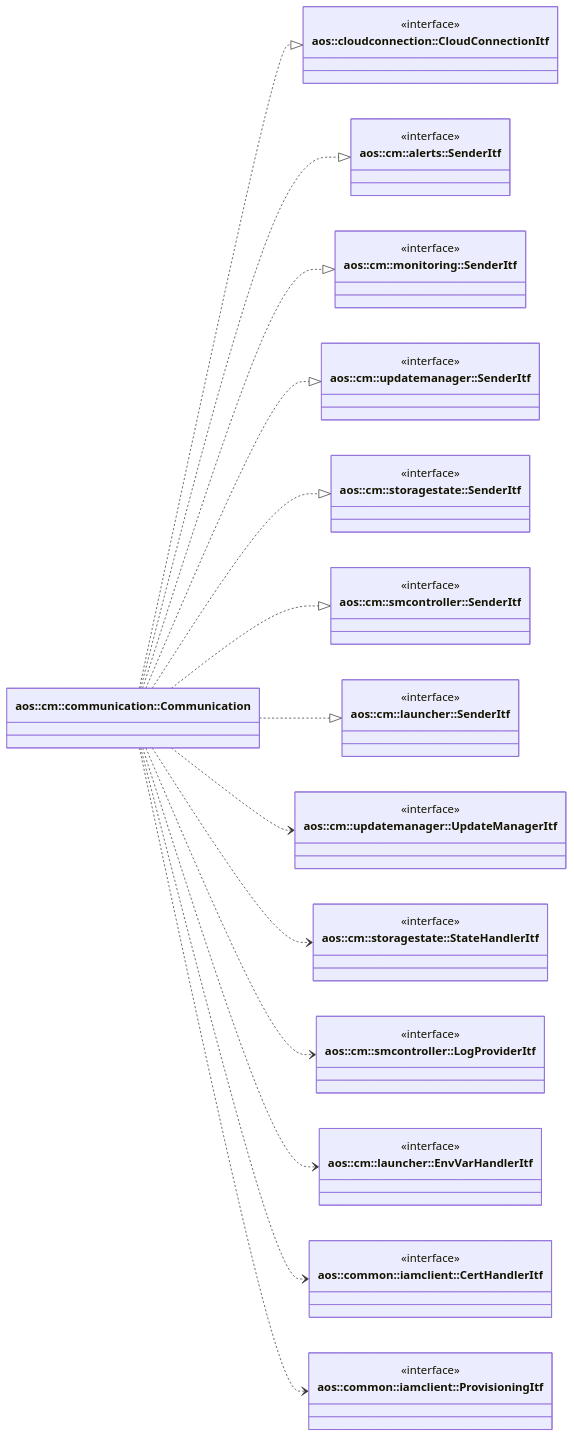
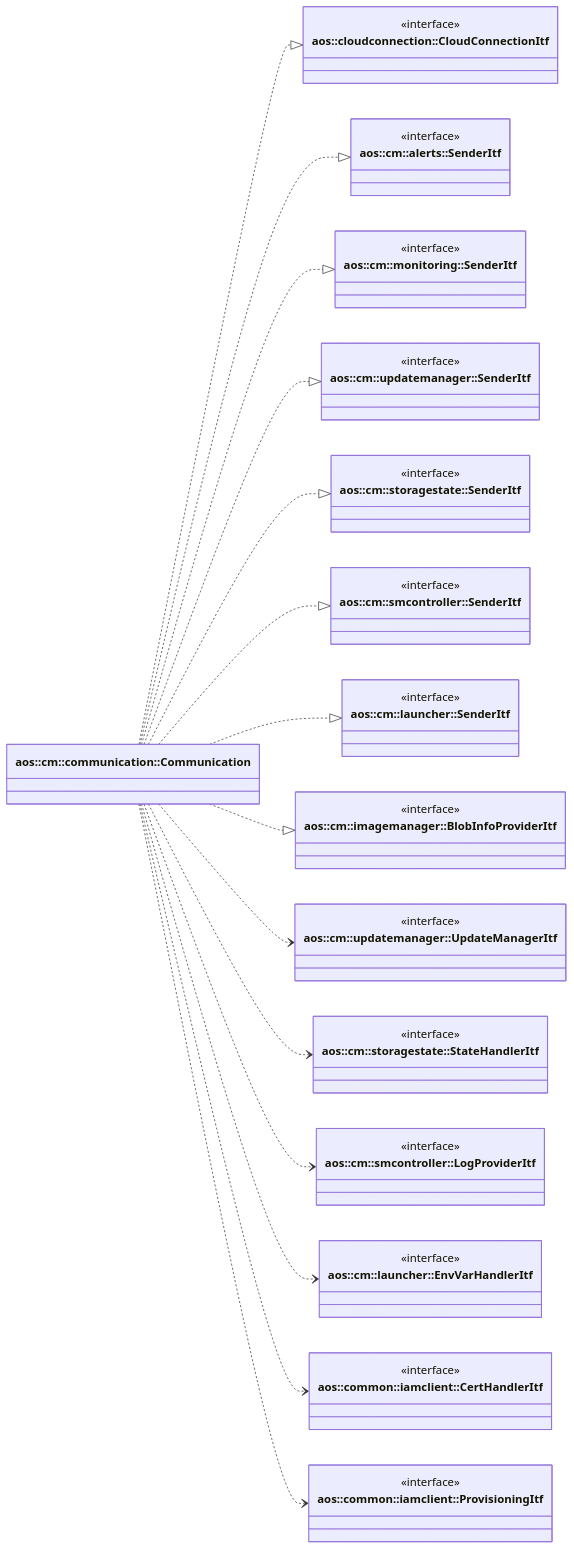
The diagram in src/core/cm/communication/communication.md (aosedge/aos_core_lib_cpp), drawn with Mermaid before and after one commit. The commit also changed other lines of this file and 1 other file, not shown here.

Commit message:
cm: communication: add imagemanager BlobInfoProviderItf to design doc

````diff
--- a/src/core/cm/communication/communication.md
+++ b/src/core/cm/communication/communication.md
@@ -27,75 +28,80 @@
 ```mermaid
 classDiagram
     direction LR
 
     class Communication["aos::cm::communication::Communication"] {
     }
 
     class CloudConnectionItf["aos::cloudconnection::CloudConnectionItf"] {
         <<interface>>
     }
 
     class AlertsSenderItf["aos::cm::alerts::SenderItf"] {
         <<interface>>
     }
 
     class MonitoringSenderItf["aos::cm::monitoring::SenderItf"] {
         <<interface>>
     }
 
     class UpdateManagerSenderItf["aos::cm::updatemanager::SenderItf"] {
         <<interface>>
     }
 
     class StorageStateSenderItf["aos::cm::storagestate::SenderItf"] {
         <<interface>>
     }
 
     class SMControllerSenderItf["aos::cm::smcontroller::SenderItf"] {
         <<interface>>
     }
 
     class LauncherSenderItf["aos::cm::launcher::SenderItf"] {
         <<interface>>
     }
 
+    class BlobInfoProviderItf["aos::cm::imagemanager::BlobInfoProviderItf"] {
+        <<interface>>
+    }
+
     class UpdateManagerItf["aos::cm::updatemanager::UpdateManagerItf"] {
         <<interface>>
     }
 
     class StateHandlerItf["aos::cm::storagestate::StateHandlerItf"] {
         <<interface>>
     }
 
     class LogProviderItf ["aos::cm::smcontroller::LogProviderItf"] {
         <<interface>>
     }
 
     class EnvVarHandlerItf ["aos::cm::launcher::EnvVarHandlerItf"] {
         <<interface>>
     }
 
     class CertHandlerItf ["aos::common::iamclient::CertHandlerItf"] {
         <<interface>>
     }
 
     class ProvisioningItf ["aos::common::iamclient::ProvisioningItf"] {
         <<interface>>
     }
 
 
     Communication ..|> CloudConnectionItf
     Communication ..|> AlertsSenderItf
     Communication ..|> MonitoringSenderItf
     Communication ..|> UpdateManagerSenderItf
     Communication ..|> StorageStateSenderItf
     Communication ..|> SMControllerSenderItf
     Communication ..|> LauncherSenderItf
+    Communication ..|> BlobInfoProviderItf
 
     Communication ..> UpdateManagerItf
     Communication ..> StateHandlerItf
     Communication ..> LogProviderItf
     Communication ..> EnvVarHandlerItf
     Communication ..> CertHandlerItf
     Communication ..> ProvisioningItf
 ```
````
